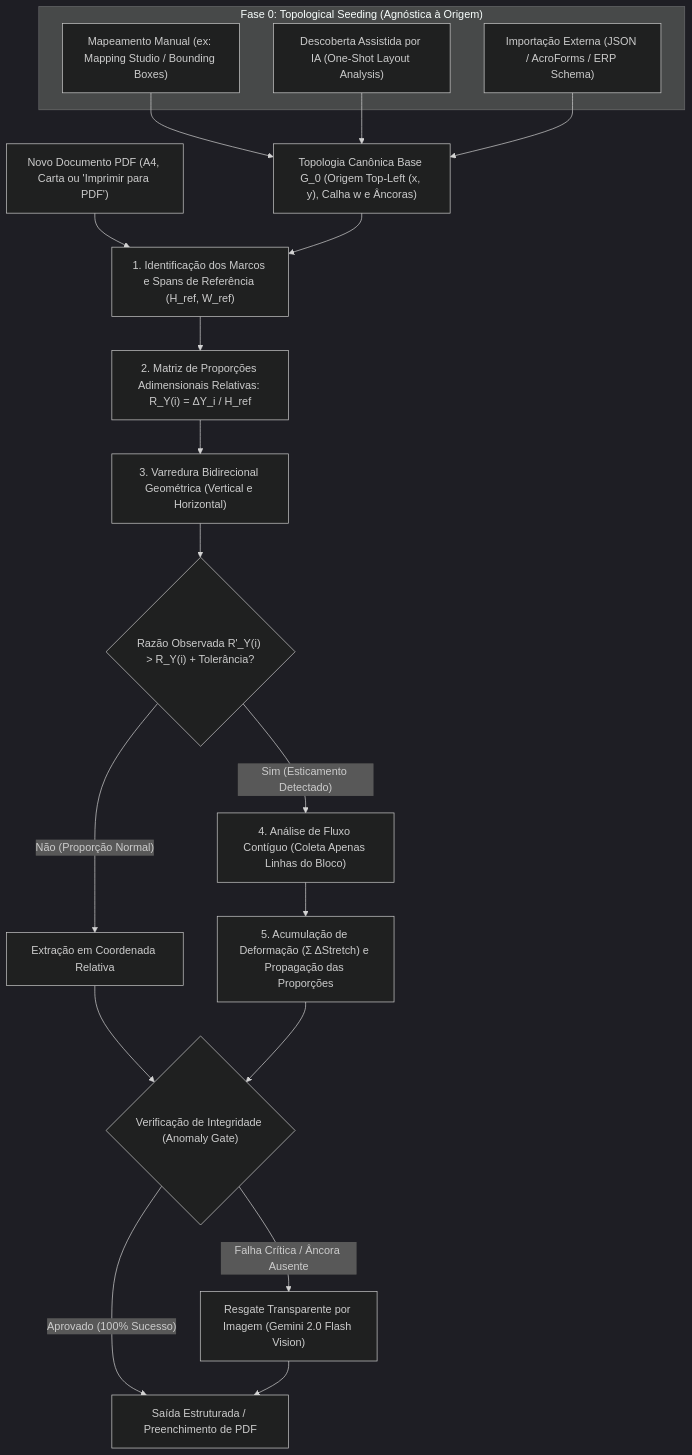
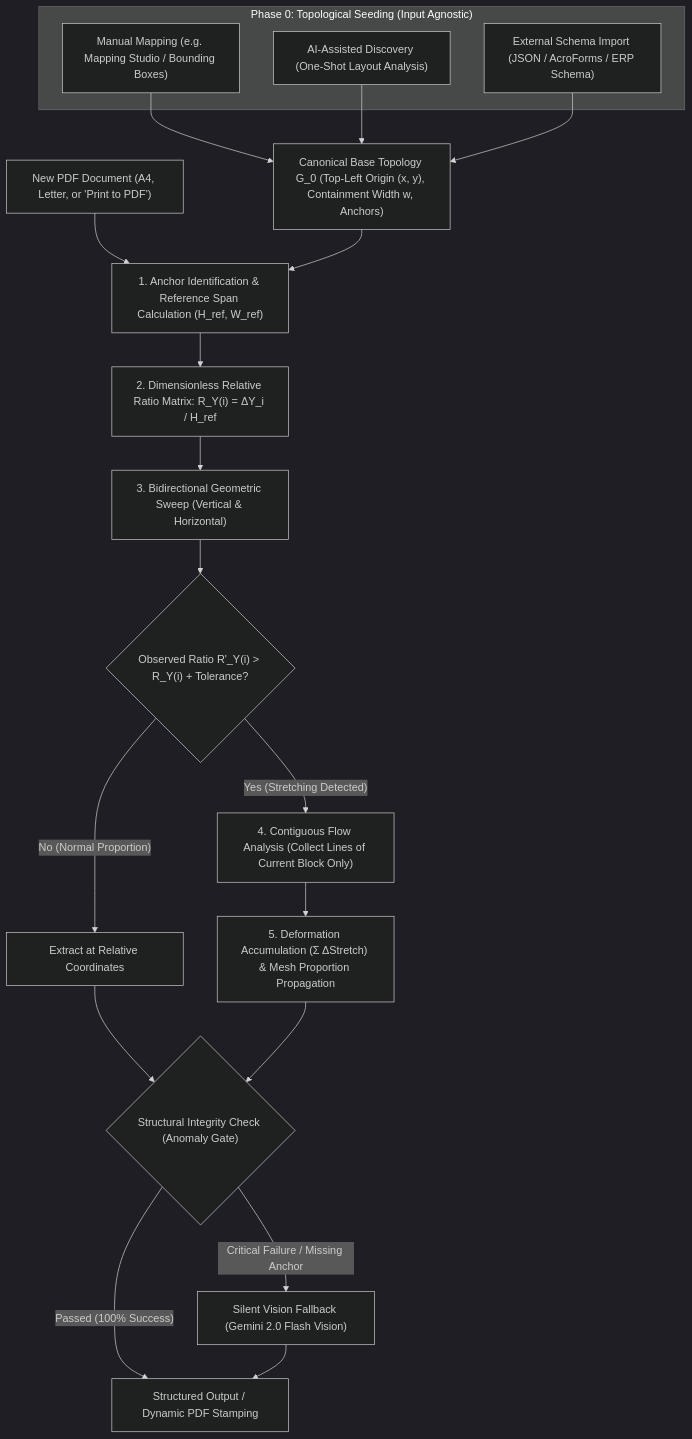
One commit to Levix-Digital/DocMapper changed the diagram in README.md. Above: the diagram before and after it, drawn with Mermaid (dark theme). The commit also changed other lines of this file, not shown here.

````diff
--- a/README.md
+++ b/README.md
@@ -35,30 +35,30 @@
 ```mermaid
 flowchart TD
-    subgraph S0["Fase 0: Topological Seeding (Agnóstica à Origem)"]
-        M1["Mapeamento Manual (ex: Mapping Studio / Bounding Boxes)"]
-        M2["Descoberta Assistida por IA (One-Shot Layout Analysis)"]
-        M3["Importação Externa (JSON / AcroForms / ERP Schema)"]
+    subgraph S0["Phase 0: Topological Seeding (Input Agnostic)"]
+        M1["Manual Mapping (e.g. Mapping Studio / Bounding Boxes)"]
+        M2["AI-Assisted Discovery (One-Shot Layout Analysis)"]
+        M3["External Schema Import (JSON / AcroForms / ERP Schema)"]
     end
     
-    M1 --> Mesh["Topologia Canônica Base G_0 (Origem Top-Left (x, y), Calha w e Âncoras)"]
+    M1 --> Mesh["Canonical Base Topology G_0 (Top-Left Origin (x, y), Containment Width w, Anchors)"]
     M2 --> Mesh
     M3 --> Mesh
 
-    Doc["Novo Documento PDF (A4, Carta ou 'Imprimir para PDF')"] --> Span["1. Identificação dos Marcos e Spans de Referência (H_ref, W_ref)"]
+    Doc["New PDF Document (A4, Letter, or 'Print to PDF')"] --> Span["1. Anchor Identification & Reference Span Calculation (H_ref, W_ref)"]
     Mesh --> Span
     
-    Span --> Ratios["2. Matriz de Proporções Adimensionais Relativas: R_Y(i) = ΔY_i / H_ref"]
-    Ratios --> Sweep["3. Varredura Bidirecional Geométrica (Vertical e Horizontal)"]
+    Span --> Ratios["2. Dimensionless Relative Ratio Matrix: R_Y(i) = ΔY_i / H_ref"]
+    Ratios --> Sweep["3. Bidirectional Geometric Sweep (Vertical & Horizontal)"]
     
-    Sweep --> Check{"Razão Observada R'_Y(i) > R_Y(i) + Tolerância?"}
-    Check -- "Não (Proporção Normal)" --> Direct["Extração em Coordenada Relativa"]
-    Check -- "Sim (Esticamento Detectado)" --> Flow["4. Análise de Fluxo Contíguo (Coleta Apenas Linhas do Bloco)"]
+    Sweep --> Check{"Observed Ratio R'_Y(i) > R_Y(i) + Tolerance?"}
+    Check -- "No (Normal Proportion)" --> Direct["Extract at Relative Coordinates"]
+    Check -- "Yes (Stretching Detected)" --> Flow["4. Contiguous Flow Analysis (Collect Lines of Current Block Only)"]
     
-    Flow --> Accum["5. Acumulação de Deformação (Σ ΔStretch) e Propagação das Proporções"]
-    Direct --> Integrity{"Verificação de Integridade (Anomaly Gate)"}
+    Flow --> Accum["5. Deformation Accumulation (Σ ΔStretch) & Mesh Proportion Propagation"]
+    Direct --> Integrity{"Structural Integrity Check (Anomaly Gate)"}
     Accum --> Integrity
     
-    Integrity -- "Aprovado (100% Sucesso)" --> Out["Saída Estruturada / Preenchimento de PDF"]
-    Integrity -- "Falha Crítica / Âncora Ausente" --> Vision["Resgate Transparente por Imagem (Gemini 2.0 Flash Vision)"]
+    Integrity -- "Passed (100% Success)" --> Out["Structured Output / Dynamic PDF Stamping"]
+    Integrity -- "Critical Failure / Missing Anchor" --> Vision["Silent Vision Fallback (Gemini 2.0 Flash Vision)"]
     Vision --> Out
 ```
````
